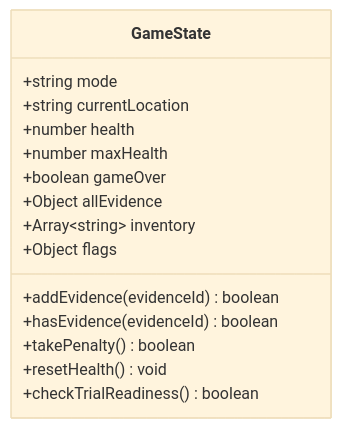
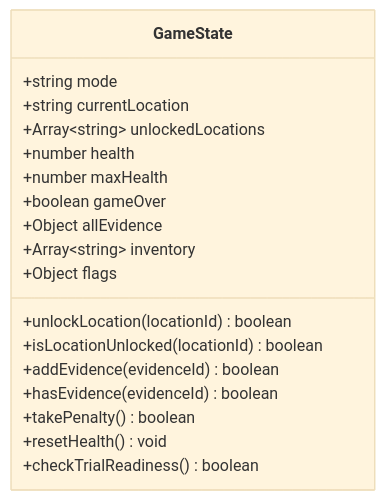
The diagram in docs/architecture/game-state.md (luisoncpp/aa-chapulin), drawn with Mermaid (base theme) before and after one commit. The commit also changed other lines of this file and 30 other files, not shown here.

````diff
--- a/docs/architecture/game-state.md
+++ b/docs/architecture/game-state.md
@@ -9,18 +9,21 @@
 ```mermaid
 classDiagram
     class GameState {
         +string mode
         +string currentLocation
+        +Array~string~ unlockedLocations
         +number health
         +number maxHealth
         +boolean gameOver
         +Object allEvidence
         +Array~string~ inventory
         +Object flags
+        +unlockLocation(locationId) boolean
+        +isLocationUnlocked(locationId) boolean
         +addEvidence(evidenceId) boolean
         +hasEvidence(evidenceId) boolean
         +takePenalty() boolean
         +resetHealth() void
         +checkTrialReadiness() boolean
     }
 ```
````
